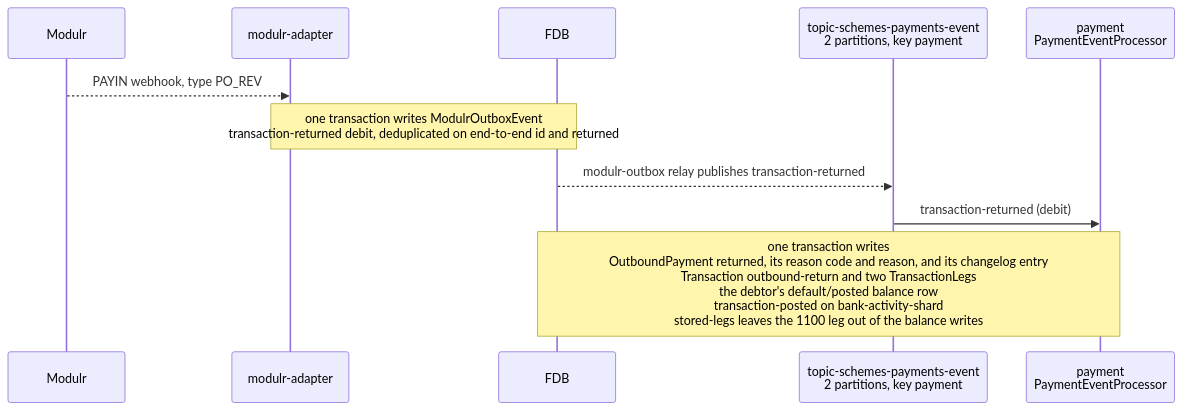
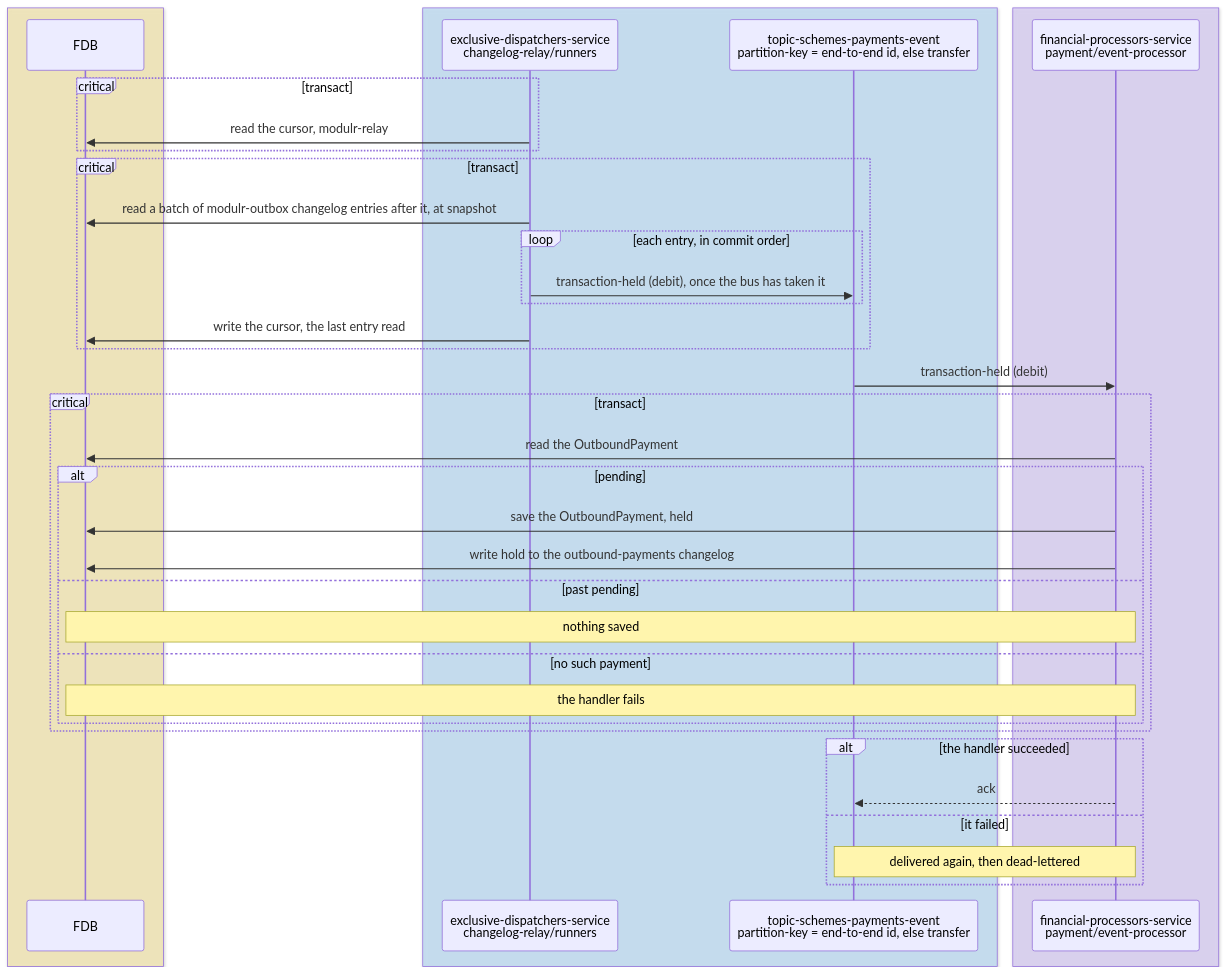
One commit to repldriven/queenswood changed diagram 13 of 15 in docs/tdd/payments-outbound.md. Above: the diagram before and after it, drawn with Mermaid. The commit also changed other lines of this file and 3 other files, not shown here.

First line of the commit message:
Draw each FDB transaction as a commit to it, and name every participant as it is in the code (#822)

````diff
--- a/docs/tdd/payments-outbound.md
+++ b/docs/tdd/payments-outbound.md
@@ -217,13 +691,40 @@
 ```mermaid
 sequenceDiagram
-    participant PR as Modulr
-    participant AD as modulr-adapter
+    box rgba(255, 236, 153, 0.5)
     participant DB as FDB
-    participant SE as topic-schemes-payments-event<br/>2 partitions, key payment
-    participant PE as payment<br/>PaymentEventProcessor
-    PR-->>AD: PAYIN webhook, type PO_REV
-    Note over AD,DB: one transaction writes ModulrOutboxEvent<br/>transaction-returned debit, deduplicated on end-to-end id and returned
-    DB-->>SE: modulr-outbox relay publishes transaction-returned
-    SE->>PE: transaction-returned (debit)
-    Note over PE,DB: one transaction writes<br/>OutboundPayment returned, its reason code and reason, and its changelog entry<br/>Transaction outbound-return and two TransactionLegs<br/>the debtor's default/posted balance row<br/>transaction-posted on bank-activity-shard<br/>stored-legs leaves the 1100 leg out of the balance writes
+    end
+    box rgba(165, 216, 255, 0.45)
+    participant OR as exclusive-dispatchers-service<br/>changelog-relay/runners
+    participant SE as topic-schemes-payments-event<br/>partition-key = end-to-end id, else transfer
+    end
+    box rgba(208, 191, 255, 0.45)
+    participant PE as financial-processors-service<br/>payment/event-processor
+    end
+    critical transact
+    OR->>DB: read the cursor, modulr-relay
+    end
+    critical transact
+    OR->>DB: read a batch of modulr-outbox changelog entries after it, at snapshot
+    loop each entry, in commit order
+    OR->>SE: transaction-held (debit), once the bus has taken it
+    end
+    OR->>DB: write the cursor, the last entry read
+    end
+    SE->>PE: transaction-held (debit)
+    critical transact
+    PE->>DB: read the OutboundPayment
+    alt pending
+    PE->>DB: save the OutboundPayment, held
+    PE->>DB: write hold to the outbound-payments changelog
+    else past pending
+    Note over PE,DB: nothing saved
+    else no such payment
+    Note over PE,DB: the handler fails
+    end
+    end
+    alt the handler succeeded
+    PE-->>SE: ack
+    else it failed
+    Note over PE,SE: delivered again, then dead-lettered
+    end
 ```
````
